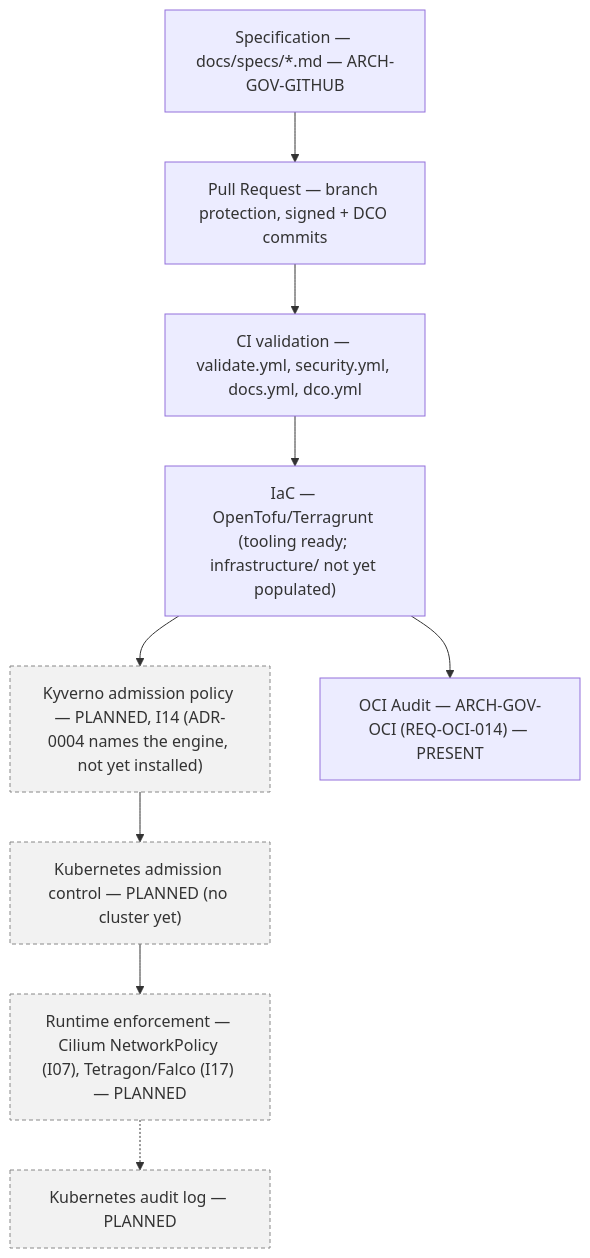
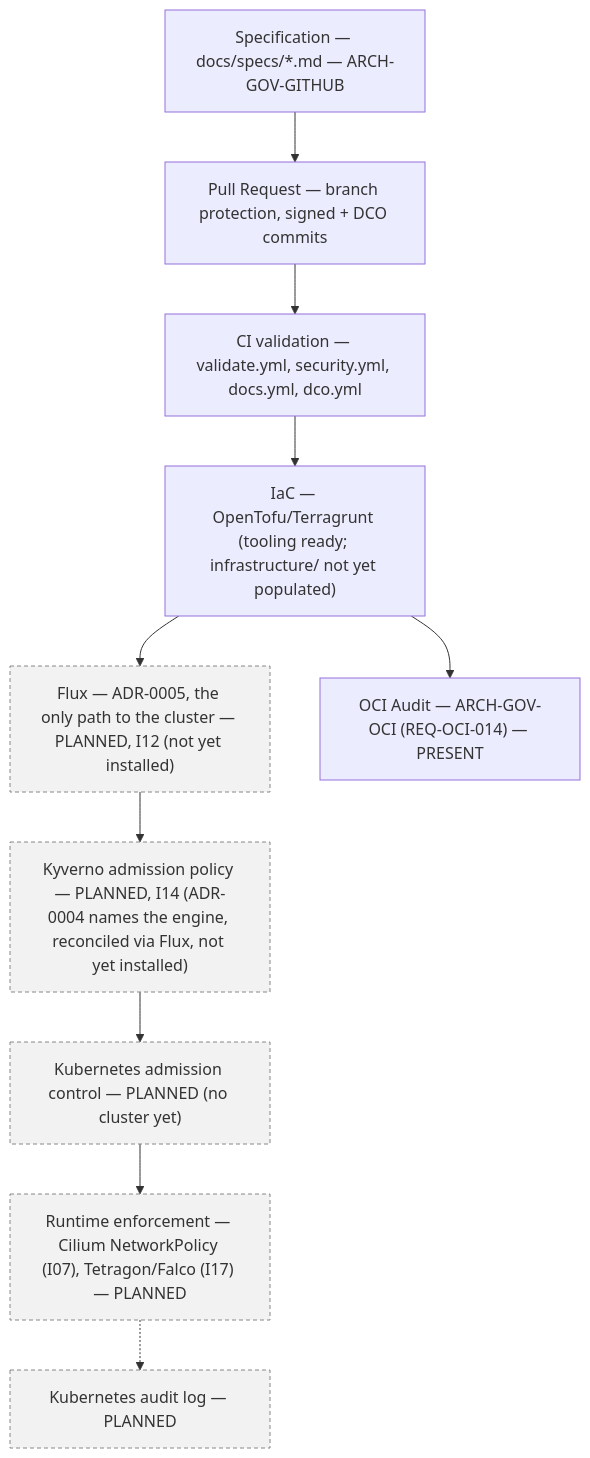
The diagram in docs/01-architecture/governance/platform-governance.mmd (guillermolam/oracle-free-tier-platform), drawn with Mermaid before and after one commit. The commit also changed 5 other files, not shown here.

```diff
--- a/docs/01-architecture/governance/platform-governance.mmd
+++ b/docs/01-architecture/governance/platform-governance.mmd
@@ -1,23 +1,26 @@
 %% VIEW-GOV-PLATFORM — L2 Platform Governance
 %% Question: what enforces the chain from a written decision to running
 %% behavior, and where does that chain currently stop?
 %% Governing: docs/specs/README.md (Spec->Feature->Story->PR->Verification
 %% chain), .github/workflows/*.yml (live CI), ADR-0004 (Kyverno, not yet
-%% installed), SPEC-OCI-003 REQ-OCI-014 (OCI Audit)
+%% installed), ADR-0005 (Flux is the only path to the cluster — Kyverno
+%% admission is reconciled through it, never applied by CI directly),
+%% SPEC-OCI-003 REQ-OCI-014 (OCI Audit)
 flowchart TB
   SPEC["Specification — docs/specs/*.md — ARCH-GOV-GITHUB"]
   PR["Pull Request — branch protection, signed + DCO commits"]
   CI["CI validation — validate.yml, security.yml, docs.yml, dco.yml"]
   IAC["IaC — OpenTofu/Terragrunt (tooling ready; infrastructure/ not yet populated)"]
-  POLICY_ADMISSION["Kyverno admission policy — PLANNED, I14 (ADR-0004 names the engine, not yet installed)"]
+  FLUX["Flux — ADR-0005, the only path to the cluster — PLANNED, I12 (not yet installed)"]
+  POLICY_ADMISSION["Kyverno admission policy — PLANNED, I14 (ADR-0004 names the engine, reconciled via Flux, not yet installed)"]
   ADMISSION["Kubernetes admission control — PLANNED (no cluster yet)"]
   RUNTIME["Runtime enforcement — Cilium NetworkPolicy (I07), Tetragon/Falco (I17) — PLANNED"]
   AUDIT_OCI["OCI Audit — ARCH-GOV-OCI (REQ-OCI-014) — PRESENT"]
   AUDIT_K8S["Kubernetes audit log — PLANNED"]
 
-  SPEC --> PR --> CI --> IAC --> POLICY_ADMISSION --> ADMISSION --> RUNTIME
+  SPEC --> PR --> CI --> IAC --> FLUX --> POLICY_ADMISSION --> ADMISSION --> RUNTIME
   IAC --> AUDIT_OCI
   RUNTIME -.-> AUDIT_K8S
 
   classDef planned fill:#f2f2f2,stroke:#888,stroke-dasharray: 4 3;
-  class POLICY_ADMISSION,ADMISSION,RUNTIME,AUDIT_K8S planned;
+  class FLUX,POLICY_ADMISSION,ADMISSION,RUNTIME,AUDIT_K8S planned;
```
